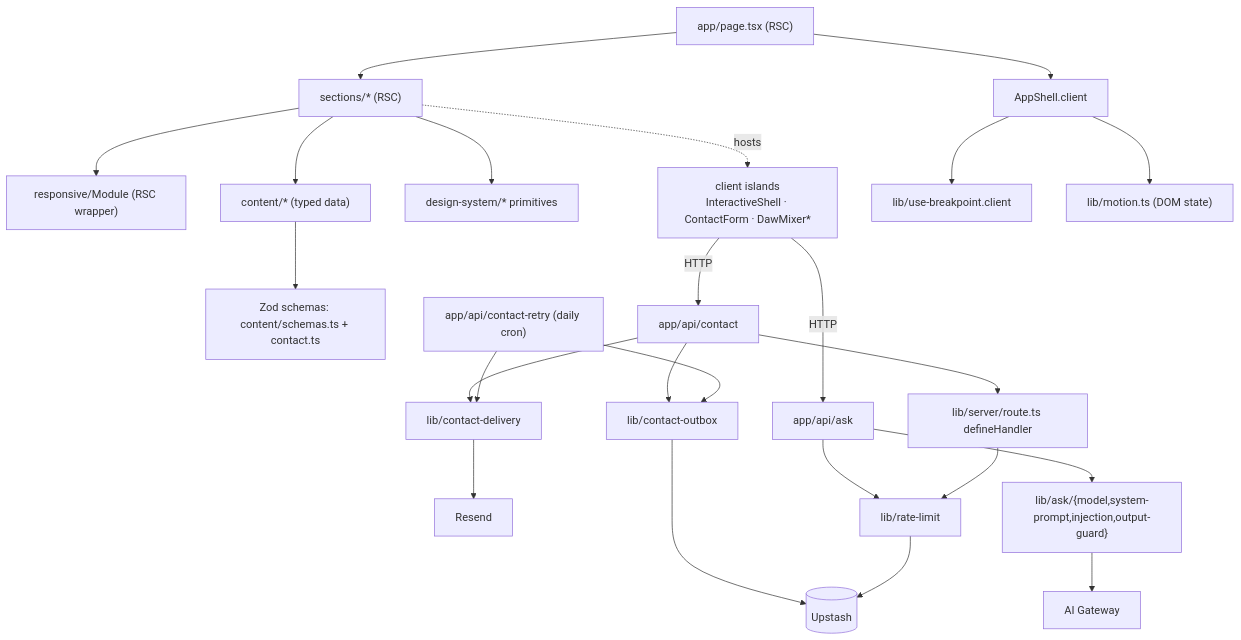
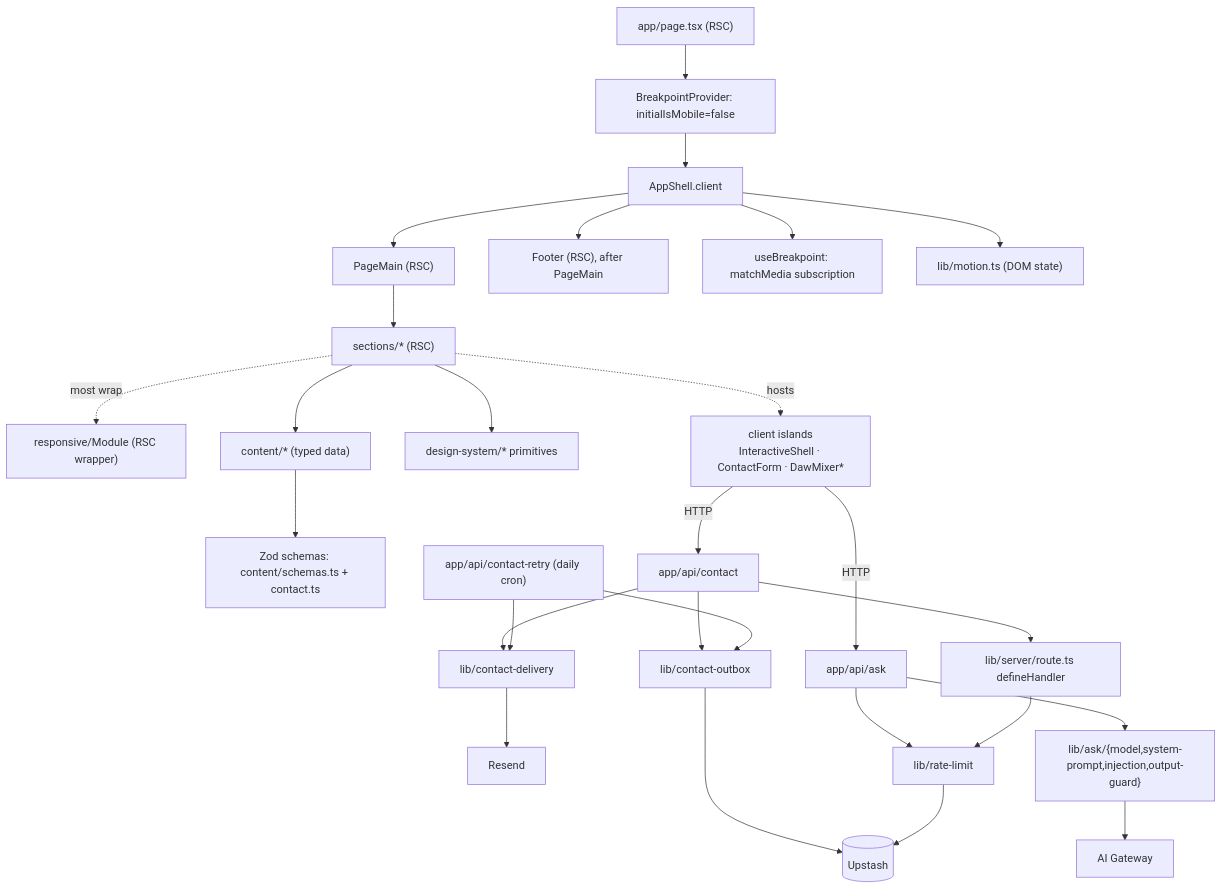
Before and after one commit to erikunha/portfolio: the third of 3 diagrams in docs/01-architecture.md, drawn with Mermaid. The commit also changed other lines of this file and 14 other files, not shown here.

First line of the commit message:
docs(architecture): redraw diagrams for the terminal-module homepage

````diff
--- a/docs/01-architecture.md
+++ b/docs/01-architecture.md
@@ -92,26 +96,29 @@
 ```mermaid
 flowchart TD
-    page["app/page.tsx (RSC)"] --> shell["AppShell.client"]
-    page --> sectionN["sections/* (RSC)"]
-    sectionN --> module["responsive/Module (RSC wrapper)"]
+    page["app/page.tsx (RSC)"] --> bp["BreakpointProvider: initialIsMobile=false"]
+    bp --> shell["AppShell.client"]
+    shell --> main["PageMain (RSC)"]
+    main --> sectionN["sections/* (RSC)"]
+    shell --> footer["Footer (RSC), after PageMain"]
+    sectionN -. most wrap .-> module["responsive/Module (RSC wrapper)"]
     sectionN --> content["content/* (typed data)"]
     sectionN --> dsprim["design-system/* primitives"]
     sectionN -. hosts .-> island["client islands<br/>InteractiveShell · ContactForm · DawMixer*"]
     content --> schemas["Zod schemas: content/schemas.ts + contact.ts"]
     island -->|HTTP| apiask["app/api/ask"]
     island -->|HTTP| apicontact["app/api/contact"]
     apicontact --> defh["lib/server/route.ts defineHandler"]
     apicontact --> delivery["lib/contact-delivery"]
     apicontact --> outbox["lib/contact-outbox"]
     retry["app/api/contact-retry (daily cron)"] --> delivery
     retry --> outbox
     outbox --> redis
     delivery --> resend["Resend"]
     apiask --> rl["lib/rate-limit"]
     apiask --> askmod["lib/ask/{model,system-prompt,injection,output-guard}"]
     defh --> rl
     rl --> redis[("Upstash")]
     askmod --> gw["AI Gateway"]
-    shell --> bp["lib/use-breakpoint.client"]
+    shell --> media["useBreakpoint: matchMedia subscription"]
     shell --> motion["lib/motion.ts (DOM state)"]
 ```
````
